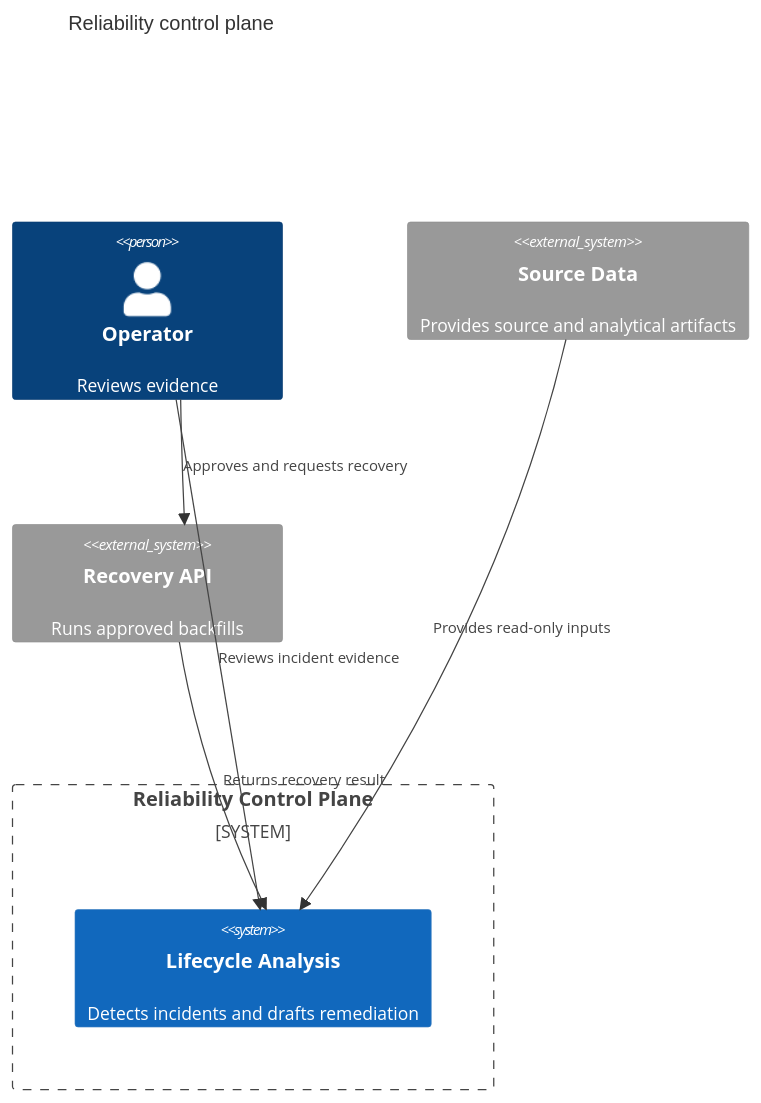
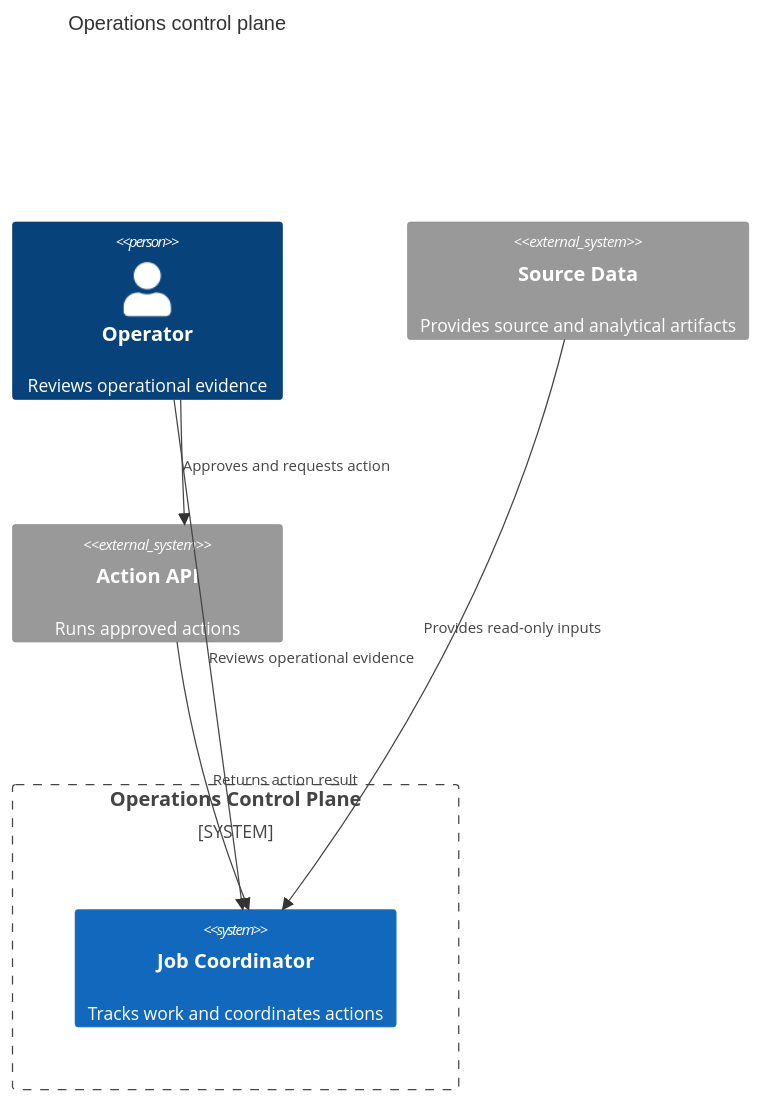
One commit to mols3131d/mols-agent-assets changed the third of 6 diagrams in src/rulesync/.rulesync/skills/mols-mermaid-diagram/references/examples/c4-context.md. Above: the diagram before and after it, drawn with Mermaid. The commit also changed other lines of this file, not shown here.

Commit message:
docs: C4 예제를 범용 맥락으로 정리

````diff
--- a/src/rulesync/.rulesync/skills/mols-mermaid-diagram/references/examples/c4-context.md
+++ b/src/rulesync/.rulesync/skills/mols-mermaid-diagram/references/examples/c4-context.md
@@ -39,15 +39,15 @@
 ```mermaid
 C4Context
-    title Reliability control plane
-    Person(operator, "Operator", "Reviews evidence")
-    System_Boundary(control_plane, "Reliability Control Plane") {
-        System(lifecycle, "Lifecycle Analysis", "Detects incidents and drafts remediation")
+    title Operations control plane
+    Person(operator, "Operator", "Reviews operational evidence")
+    System_Boundary(control_plane, "Operations Control Plane") {
+        System(coordinator, "Job Coordinator", "Tracks work and coordinates actions")
     }
     System_Ext(data, "Source Data", "Provides source and analytical artifacts")
-    System_Ext(recovery, "Recovery API", "Runs approved backfills")
+    System_Ext(action_api, "Action API", "Runs approved actions")
 
-    Rel(operator, lifecycle, "Reviews incident evidence")
-    Rel(data, lifecycle, "Provides read-only inputs")
-    Rel(operator, recovery, "Approves and requests recovery")
-    Rel(recovery, lifecycle, "Returns recovery result")
+    Rel(operator, coordinator, "Reviews operational evidence")
+    Rel(data, coordinator, "Provides read-only inputs")
+    Rel(operator, action_api, "Approves and requests action")
+    Rel(action_api, coordinator, "Returns action result")
 ```
````
